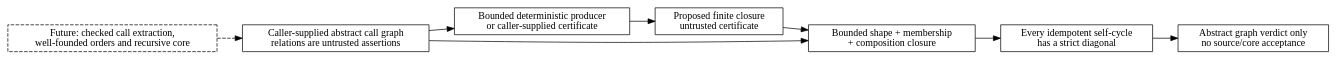
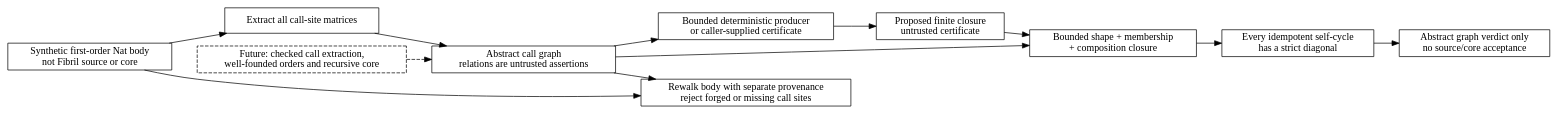
One commit to odunboye/fibril changed the diagram in docs/diagrams/size-change-certificates.dot. Above: the diagram before and after it, drawn with Graphviz. The commit also changed 6 other files, not shown here.

Commit message:
Cross-check synthetic first-order size-change calls

```diff
--- a/docs/diagrams/size-change-certificates.dot
+++ b/docs/diagrams/size-change-certificates.dot
@@ -1,16 +1,22 @@
 digraph SizeChangeCertificates {
   rankdir=LR;
   node [shape=box];
-  callGraph [label="Caller-supplied abstract call graph\nrelations are untrusted assertions"];
+  body [label="Synthetic first-order Nat body\nnot Fibril source or core"];
+  extraction [label="Extract all call-site matrices"];
+  crosscheck [label="Rewalk body with separate provenance\nreject forged or missing call sites"];
+  callGraph [label="Abstract call graph\nrelations are untrusted assertions"];
   producer [label="Bounded deterministic producer\nor caller-supplied certificate"];
   cert [label="Proposed finite closure\nuntrusted certificate"];
   admission [label="Bounded shape + membership\n+ composition closure"];
   cycle [label="Every idempotent self-cycle\nhas a strict diagonal"];
   result [label="Abstract graph verdict only\nno source/core acceptance"];
   future [label="Future: checked call extraction,\nwell-founded orders and recursive core", style=dashed];
+  body -> extraction -> callGraph;
+  body -> crosscheck;
+  callGraph -> crosscheck;
   callGraph -> producer -> cert;
   callGraph -> admission;
   cert -> admission;
   admission -> cycle -> result;
   future -> callGraph [style=dashed];
 }
```
